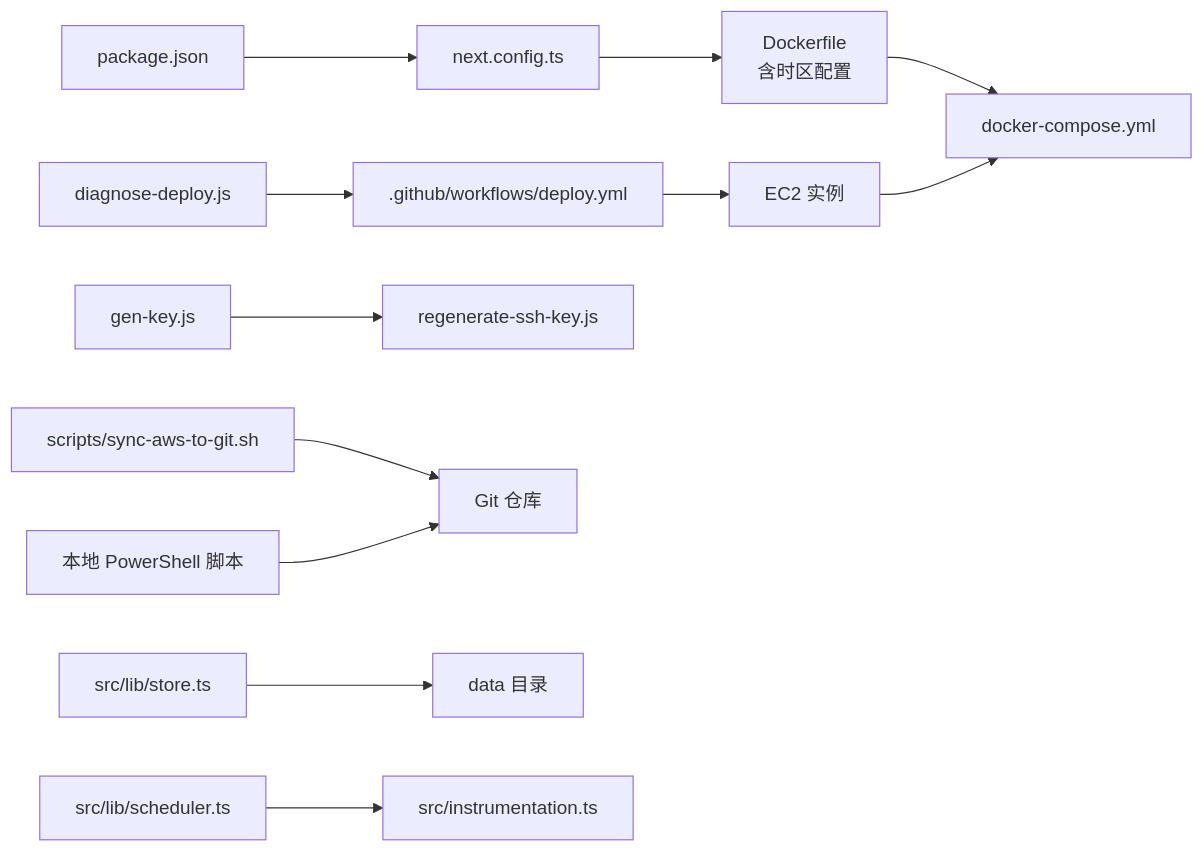
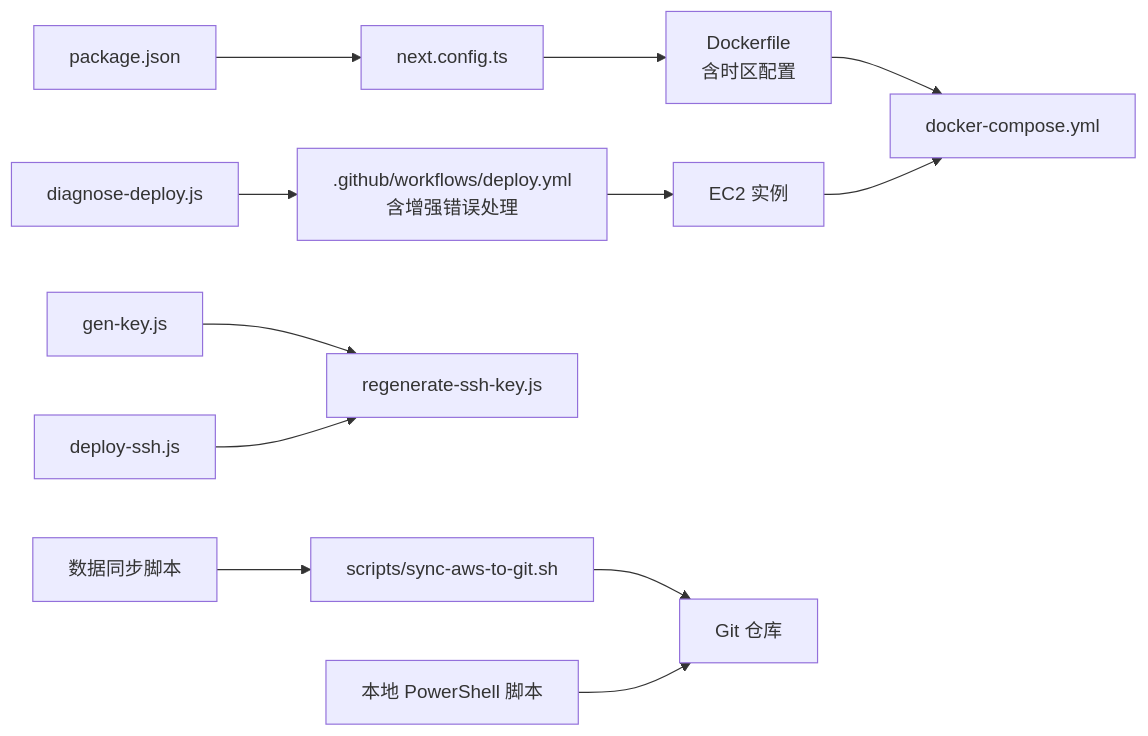
One commit to zezzezzez/reddit changed the third of 3 diagrams in .qoder/repowiki/zh/content/部署指南/部署指南.md. Above: the diagram before and after it, drawn with Mermaid. The commit also changed other lines of this file and 21 other files, not shown here.

````diff
--- a/.qoder/repowiki/zh/content/部署指南/部署指南.md
+++ b/.qoder/repowiki/zh/content/部署指南/部署指南.md
@@ -323,14 +237,14 @@
 ```mermaid
 graph LR
 P["package.json"] --> N["next.config.ts"]
 N --> D["Dockerfile<br/>含时区配置"]
 D --> C["docker-compose.yml"]
-GH[".github/workflows/deploy.yml"] --> EC2["EC2 实例"]
+GH[".github/workflows/deploy.yml<br/>含增强错误处理"] --> EC2["EC2 实例"]
 DIAGNOSE["diagnose-deploy.js"] --> GH
 GENKEY["gen-key.js"] --> REGENKEY["regenerate-ssh-key.js"]
+SSHTEST["deploy-ssh.js"] --> REGENKEY
 EC2 --> C
 S["scripts/sync-aws-to-git.sh"] --> GIT["Git 仓库"]
 L["本地 PowerShell 脚本"] --> GIT
-STORE["src/lib/store.ts"] --> DATA["data 目录"]
-SCHED["src/lib/scheduler.ts"] --> INST["src/instrumentation.ts"]
+SYNC["数据同步脚本"] --> S
 ```
````
